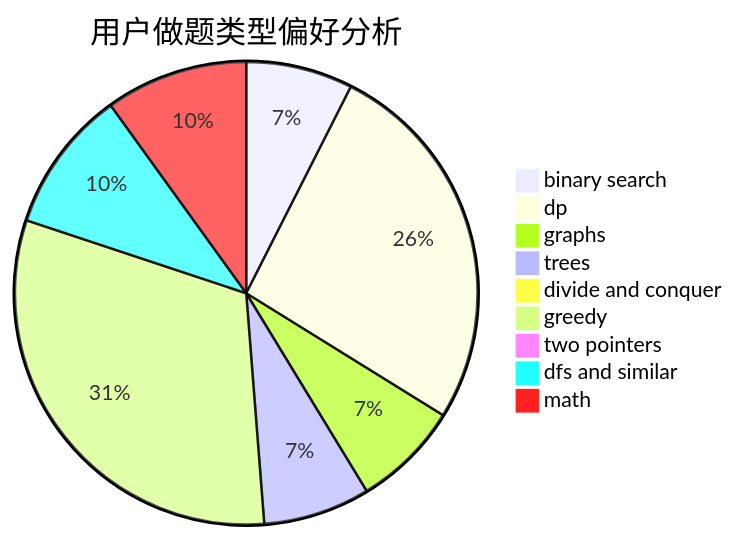
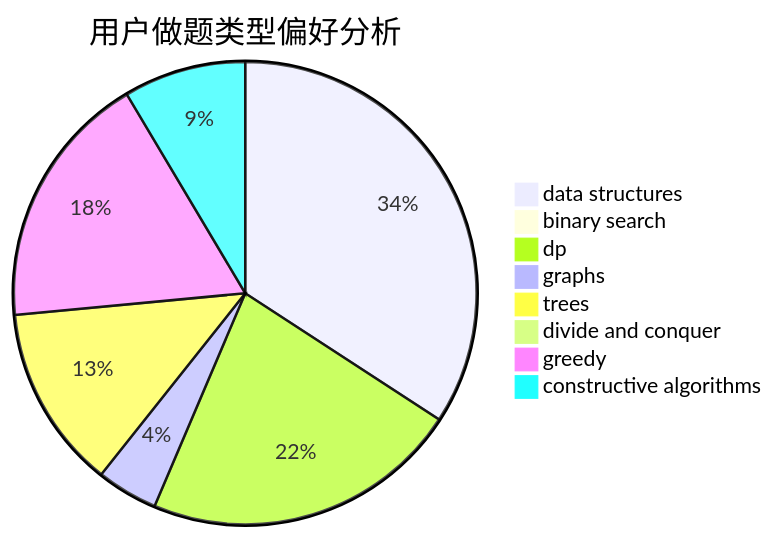
The second of 3 diagrams in docs/user/u2548.md (sherpahu/cfrs.github.io), drawn with Mermaid before and after one commit. The commit also changed other lines of this file and 2775 other files, not shown here.

````diff
--- a/docs/user/u2548.md
+++ b/docs/user/u2548.md
@@ -23,12 +23,11 @@
 ```mermaid
 pie title 用户做题类型偏好分析
-    "binary search" :  15
-    "dp" :  53
-    "graphs" :  15
+    "data structures" :  40
+    "binary search" :  0
+    "dp" :  26
+    "graphs" :  5
     "trees" :  15
     "divide and conquer" :  0
-    "greedy" :  63
-    "two pointers" :  0
-    "dfs and similar" :  20
-    "math" :  20
+    "greedy" :  21
+    "constructive algorithms" :  10
 ```
````
